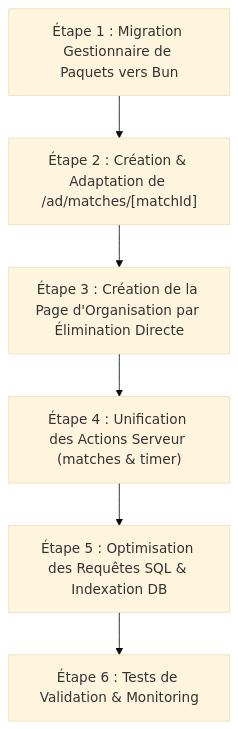
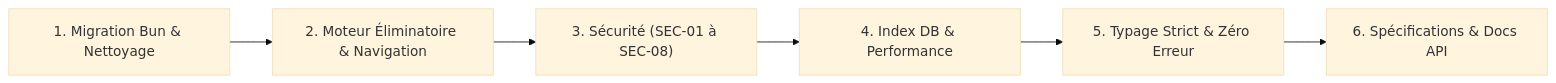
One commit to AbdoulRachid-Mz/kokowa_tv_nextjs_app changed the diagram in PLAN.md. Above: the diagram before and after it, drawn with Mermaid (base theme). The commit also changed other lines of this file and 100 other files, not shown here.

````diff
--- a/PLAN.md
+++ b/PLAN.md
@@ -43,8 +12,8 @@
 ```mermaid
-flowchart TD
-    A["Étape 1 : Migration Gestionnaire de Paquets vers Bun"] --> B["Étape 2 : Création & Adaptation de /ad/matches/[matchId]"]
-    B --> C["Étape 3 : Création de la Page d'Organisation par Élimination Directe"]
-    C --> D["Étape 4 : Unification des Actions Serveur (matches & timer)"]
-    D --> E["Étape 5 : Optimisation des Requêtes SQL & Indexation DB"]
-    E --> F["Étape 6 : Tests de Validation & Monitoring"]
+flowchart LR
+    A["1. Migration Bun & Nettoyage"] --> B["2. Moteur Éliminatoire & Navigation"]
+    B --> C["3. Sécurité (SEC-01 à SEC-08)"]
+    C --> D["4. Index DB & Performance"]
+    D --> E["5. Typage Strict & Zéro Erreur"]
+    E --> F["6. Spécifications & Docs API"]
 ```
````
